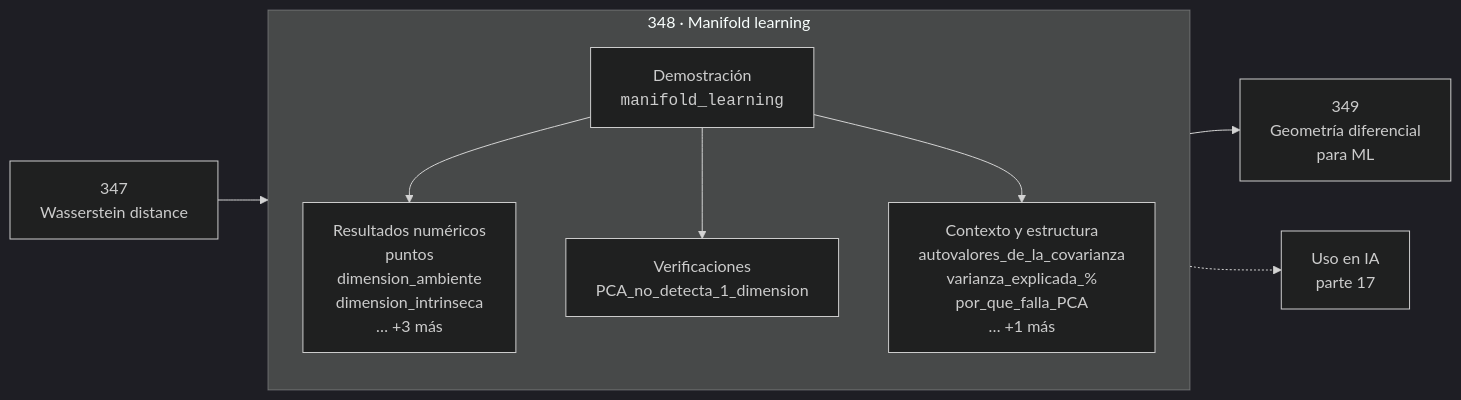
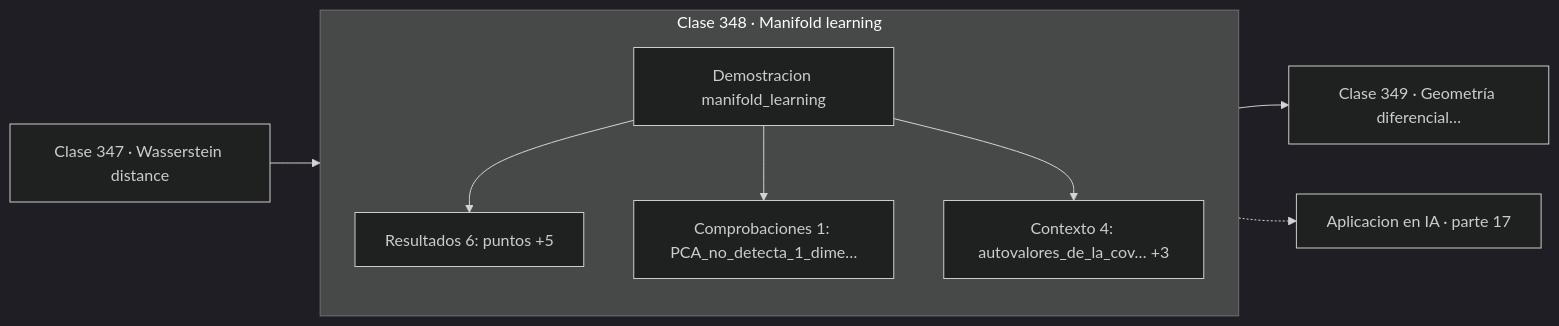
Before and after one commit to vladimiracunadev-create/computational-mathematics-program: the diagram in classes/part-17-frontera-matematica-para-ia-e-investigacion/348-manifold-learning/README.md, drawn with Mermaid (dark theme). The commit also changed 389 other files, not shown here.

First line of the commit message:
fix(diagramas): elimina el HTML de las etiquetas Mermaid

````diff
--- a/classes/part-17-frontera-matematica-para-ia-e-investigacion/348-manifold-learning/README.md
+++ b/classes/part-17-frontera-matematica-para-ia-e-investigacion/348-manifold-learning/README.md
@@ -30,12 +30,13 @@
 ```mermaid
 flowchart LR
-    P["347<br/>Wasserstein distance"] --> C
-    subgraph C["348 · Manifold learning"]
+    P["Clase 347 · Wasserstein distance"] --> D
+    subgraph CLASE["Clase 348 · Manifold learning"]
         direction TB
-        D["Demostración<br/><code>manifold_learning</code>"] --> R["Resultados numéricos<br/>puntos<br/>dimension_ambiente<br/>dimension_intrinseca<br/>… +3 más"]
-        D --> V["Verificaciones<br/>PCA_no_detecta_1_dimension"]
-        D --> O["Contexto y estructura<br/>autovalores_de_la_covarianza<br/>varianza_explicada_%<br/>por_que_falla_PCA<br/>… +1 más"]
+        D["Demostracion manifold_learning"]
+        D --> R["Resultados 6: puntos +5"]
+        D --> V["Comprobaciones 1: PCA_no_detecta_1_dime…"]
+        D --> O["Contexto 4: autovalores_de_la_cov… +3"]
     end
-    C --> N["349<br/>Geometría diferencial<br/>para ML"]
-    C -.-> IA["Uso en IA<br/>parte 17"]
+    R --> N["Clase 349 · Geometría diferencial…"]
+    V -.-> IA["Aplicacion en IA · parte 17"]
 ```
````
